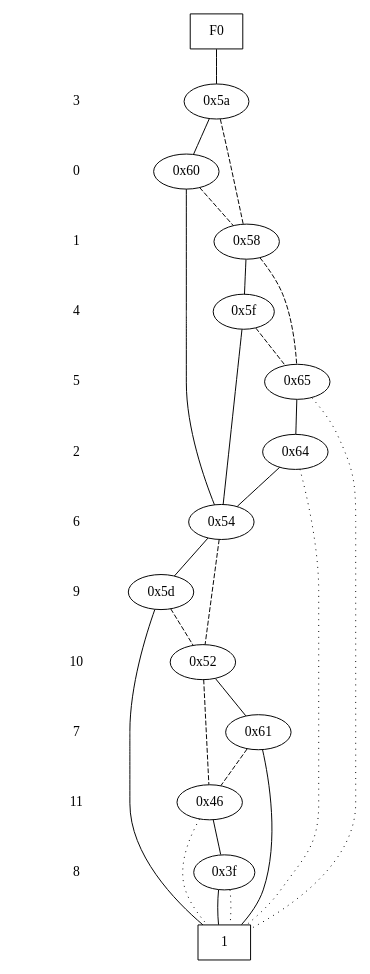
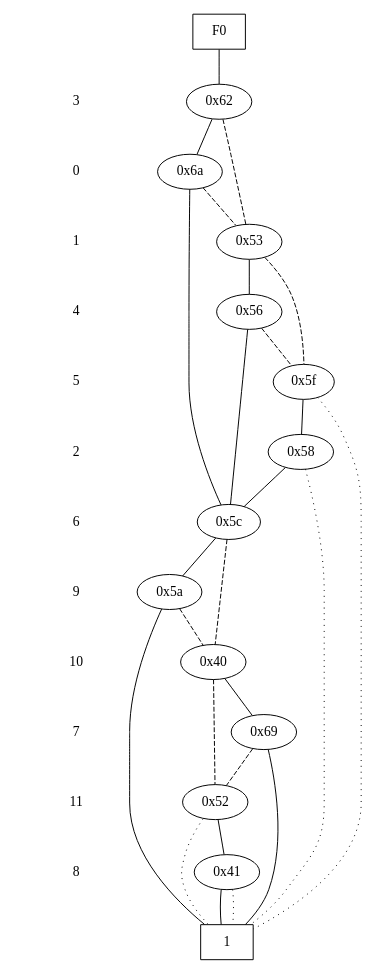
Before and after one commit to apdofficial/sylvan-benchmarks: the diagram in cmp_sylvancudd/example_bdd/cudd_bdd_not_optimal_reordered_2.dot, drawn with Graphviz. The commit also changed 45 other files, not shown here.

```diff
--- a/cmp_sylvancudd/example_bdd/cudd_bdd_not_optimal_reordered_2.dot
+++ b/cmp_sylvancudd/example_bdd/cudd_bdd_not_optimal_reordered_2.dot
@@ -1,78 +1,78 @@
 digraph "DD" {
 size = "7.5,10"
 center = true;
 edge [dir = none];
 { node [shape = plaintext];
   edge [style = invis];
   "CONST NODES" [style = invis];
 " 3 " -> " 0 " -> " 1 " -> " 4 " -> " 5 " -> " 2 " -> " 6 " -> " 9 " -> " 10 " -> " 7 " -> " 11 " -> " 8 " -> "CONST NODES"; 
 }
 { rank = same; node [shape = box]; edge [style = invis];
 "F0"; }
 { rank = same; " 3 ";
+"0x62";
+}
+{ rank = same; " 0 ";
+"0x6a";
+}
+{ rank = same; " 1 ";
+"0x53";
+}
+{ rank = same; " 4 ";
+"0x56";
+}
+{ rank = same; " 5 ";
+"0x5f";
+}
+{ rank = same; " 2 ";
+"0x58";
+}
+{ rank = same; " 6 ";
+"0x5c";
+}
+{ rank = same; " 9 ";
 "0x5a";
 }
-{ rank = same; " 0 ";
-"0x60";
+{ rank = same; " 10 ";
+"0x40";
 }
-{ rank = same; " 1 ";
-"0x58";
+{ rank = same; " 7 ";
+"0x69";
 }
-{ rank = same; " 4 ";
-"0x5f";
-}
-{ rank = same; " 5 ";
-"0x65";
-}
-{ rank = same; " 2 ";
-"0x64";
-}
-{ rank = same; " 6 ";
-"0x54";
-}
-{ rank = same; " 9 ";
-"0x5d";
-}
-{ rank = same; " 10 ";
+{ rank = same; " 11 ";
 "0x52";
 }
-{ rank = same; " 7 ";
-"0x61";
-}
-{ rank = same; " 11 ";
-"0x46";
-}
 { rank = same; " 8 ";
-"0x3f";
+"0x41";
 }
 { rank = same; "CONST NODES";
 { node [shape = box]; "0x31";
 }
 }
-"F0" -> "0x5a" [style = solid];
-"0x5a" -> "0x60";
-"0x5a" -> "0x58" [style = dashed];
-"0x60" -> "0x54";
-"0x60" -> "0x58" [style = dashed];
-"0x58" -> "0x5f";
-"0x58" -> "0x65" [style = dashed];
-"0x5f" -> "0x54";
-"0x5f" -> "0x65" [style = dashed];
-"0x65" -> "0x64";
-"0x65" -> "0x31" [style = dotted];
-"0x64" -> "0x54";
-"0x64" -> "0x31" [style = dotted];
-"0x54" -> "0x5d";
-"0x54" -> "0x52" [style = dashed];
-"0x5d" -> "0x31";
-"0x5d" -> "0x52" [style = dashed];
-"0x52" -> "0x61";
-"0x52" -> "0x46" [style = dashed];
-"0x61" -> "0x31";
-"0x61" -> "0x46" [style = dashed];
-"0x46" -> "0x3f";
-"0x46" -> "0x31" [style = dotted];
-"0x3f" -> "0x31";
-"0x3f" -> "0x31" [style = dotted];
+"F0" -> "0x62" [style = solid];
+"0x62" -> "0x6a";
+"0x62" -> "0x53" [style = dashed];
+"0x6a" -> "0x5c";
+"0x6a" -> "0x53" [style = dashed];
+"0x53" -> "0x56";
+"0x53" -> "0x5f" [style = dashed];
+"0x56" -> "0x5c";
+"0x56" -> "0x5f" [style = dashed];
+"0x5f" -> "0x58";
+"0x5f" -> "0x31" [style = dotted];
+"0x58" -> "0x5c";
+"0x58" -> "0x31" [style = dotted];
+"0x5c" -> "0x5a";
+"0x5c" -> "0x40" [style = dashed];
+"0x5a" -> "0x31";
+"0x5a" -> "0x40" [style = dashed];
+"0x40" -> "0x69";
+"0x40" -> "0x52" [style = dashed];
+"0x69" -> "0x31";
+"0x69" -> "0x52" [style = dashed];
+"0x52" -> "0x41";
+"0x52" -> "0x31" [style = dotted];
+"0x41" -> "0x31";
+"0x41" -> "0x31" [style = dotted];
 "0x31" [label = "1"];
 }
```
